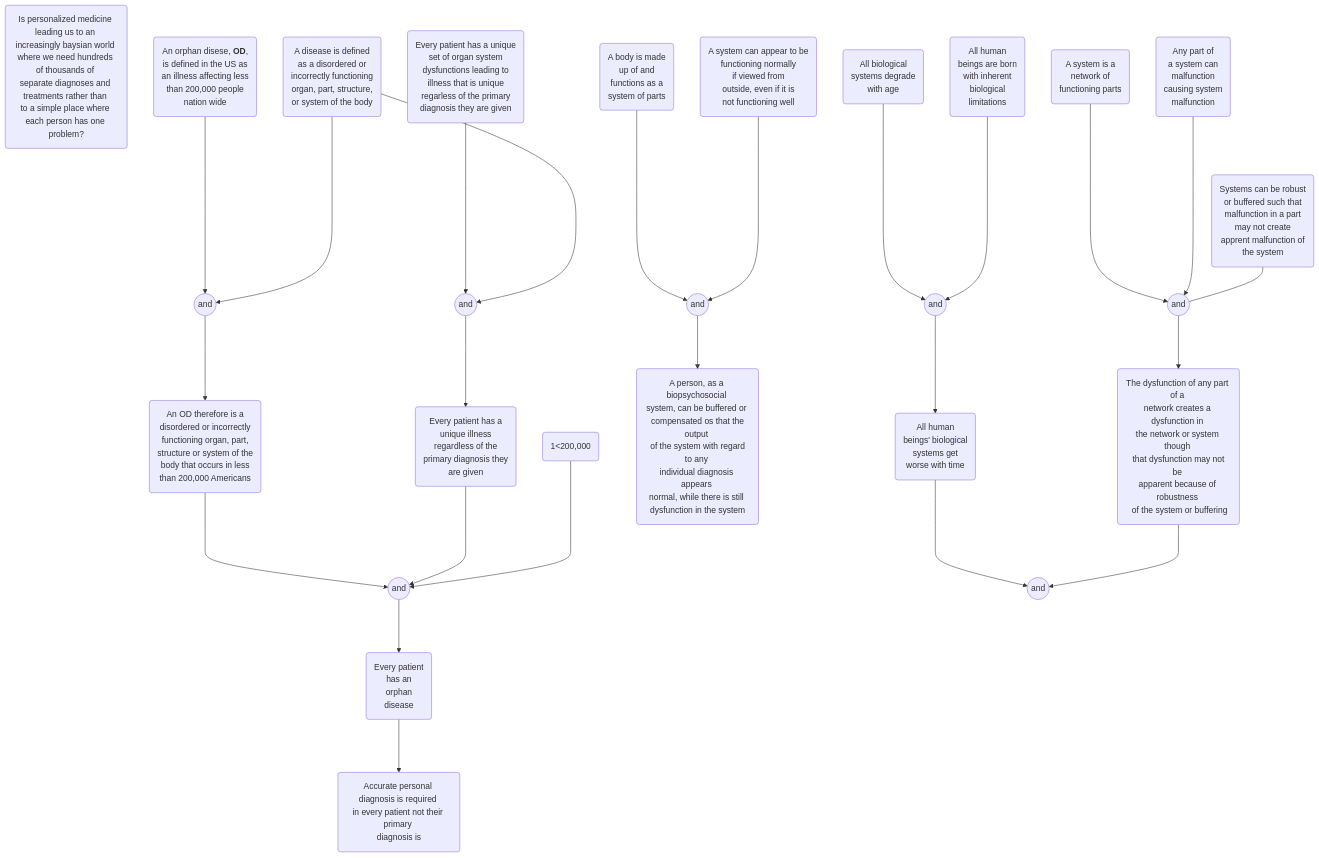
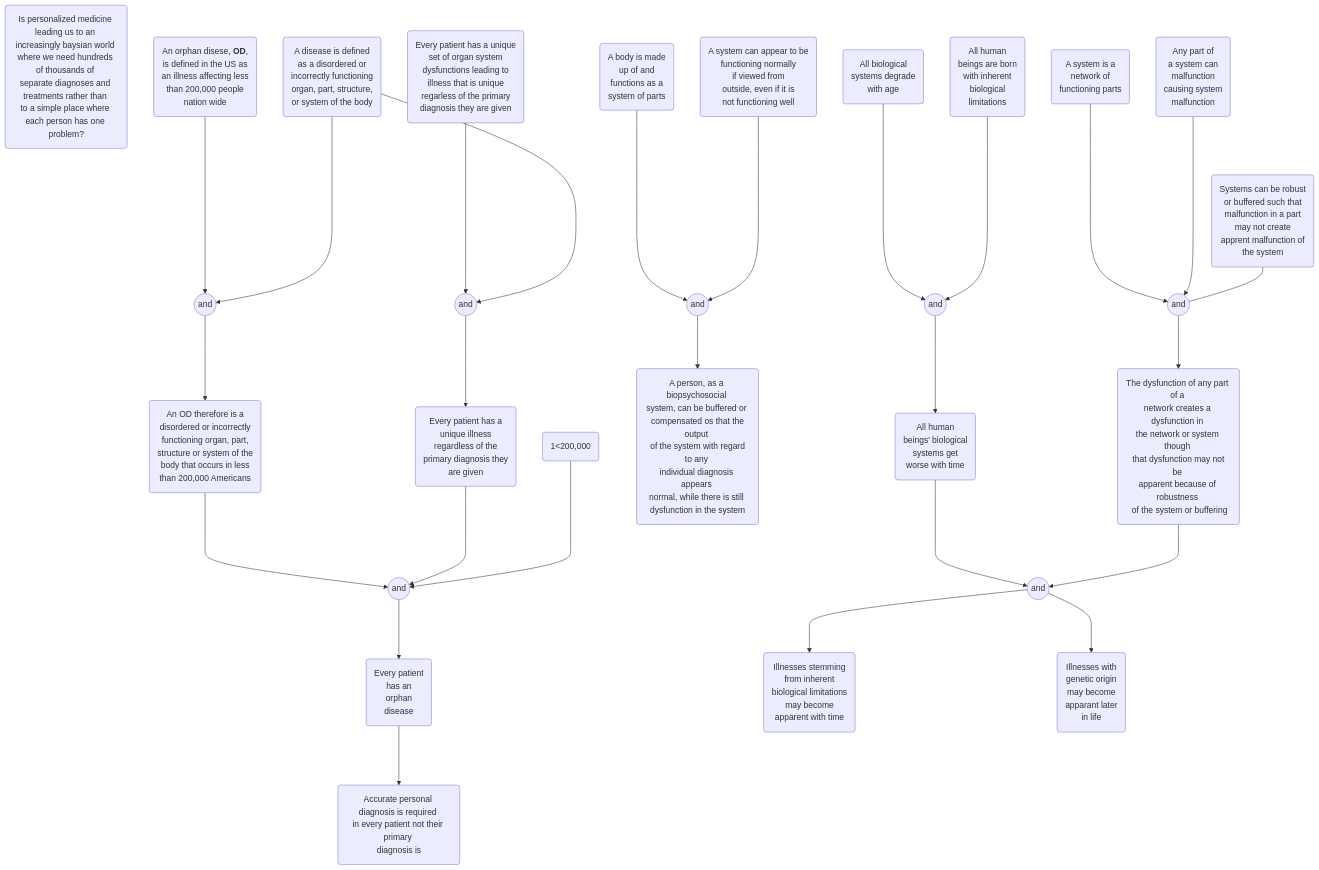
The diagram in Orphan_Diseases.md (hwetsman/TOC_Trees), drawn with Mermaid before and after one commit.

Commit message:
Code: complete leg 3

````diff
--- a/Orphan_Diseases.md
+++ b/Orphan_Diseases.md
@@ -3,60 +3,64 @@
 ```mermaid
 flowchart TD
 proposition(Is personalized medicine <br>leading us to an <br>increasingly baysian world <br>where we need hundreds <br>of thousands of <br>separate diagnoses and <br>treatments rather than <br>to a simple place where <br>each person has one problem?)
 
 orphan(An orphan disese, <b>OD</b>, <br>is defined in the US as <br>an illness affecting less <br>than 200,000 people <br> nation wide)
 disease(A disease is defined <br>as a disordered or <br>incorrectly functioning <br>organ, part, structure, <br>or system of the body)
 and1((and))
     orphan--->and1
     disease--->and1
 every_pt(Every patient has a unique <br>set of organ system <br>dysfunctions leading to <br>illness that is unique <br>regarless of the primary <br>diagnosis they are given)
 and2((and))
     every_pt--->and2
     disease--->and2
 OD_def(An OD therefore is a <br>disordered or incorrectly <br> functioning organ, part, <br>structure or system of the <br>body that occurs in less <br>than 200,000 Americans)
     and1--->OD_def
 every_pt2(Every patient has a <br>unique illness <br>regardless of the <br> primary diagnosis they <br>are given)
     and2--->every_pt2
 logic(1<200,000)
 and3((and))
     OD_def--->and3
     every_pt2--->and3
     logic--->and3
 every_pt3(Every patient <br>has an <br>orphan <br>disease)
     and3--->every_pt3
 accurate(Accurate personal <br>diagnosis is required <br>in every patient not <brmatter how common <br>their primary <br>diagnosis is)
     every_pt3--->accurate
 
 body(A body is made <br>up of and <br>functions as a <br>system of parts)
 systems(A system can appear to be <br>functioning normally <br>if viewed from <br> outside, even if it is <br>not functioning well)
 and4((and))
     body--->and4
     systems--->and4
 persons(A person, as a biopsychosocial <br>system, can be buffered or <br> compensated os that the output <br> of the system with regard to any <br>individual diagnosis appears <br>normal, while there is still <br>dysfunction in the system)
     and4--->persons
 
 system(A system is a <br>network of <br>functioning parts)
 any_system(Any part of <br>a system can <br>malfunction <br> causing system <br>malfunction)
 buffered(Systems can be robust <br>or buffered such that <br>malfunction in a part <br>may not create <br>apprent malfunction of <br>the system)
 and5((and))
     system--->and5
     any_system--->and5
     buffered---and5
         dysfunction(The dysfunction of any part of a <br>network creates a dysfunction in <br>the network or system though <br> that dysfunction may not be <br>apparent because of robustness <br> of the system or buffering)
         and5--->dysfunction
 
 age(All biological <br>systems degrade <br>with age)
 limits(All human <br>beings are born <br>with inherent <br>biological <br>limitations)
 and6((and))
     age--->and6
     limits--->and6
 time(All human <br>beings' biological <br>systems get <br>worse with time)
     and6--->time
         and7((and))
         time--->and7
         dysfunction--->and7
+            tardive(Illnesses stemming <br>from inherent <br>biological limitations <br>may become <br>apparent with time)
+                and7--->tardive
+                genetic(Illnesses with <br>genetic origin <br>may become <br>apparant later <br>in life)
+                    and7--->genetic
 
     
 
 
 ```
````
